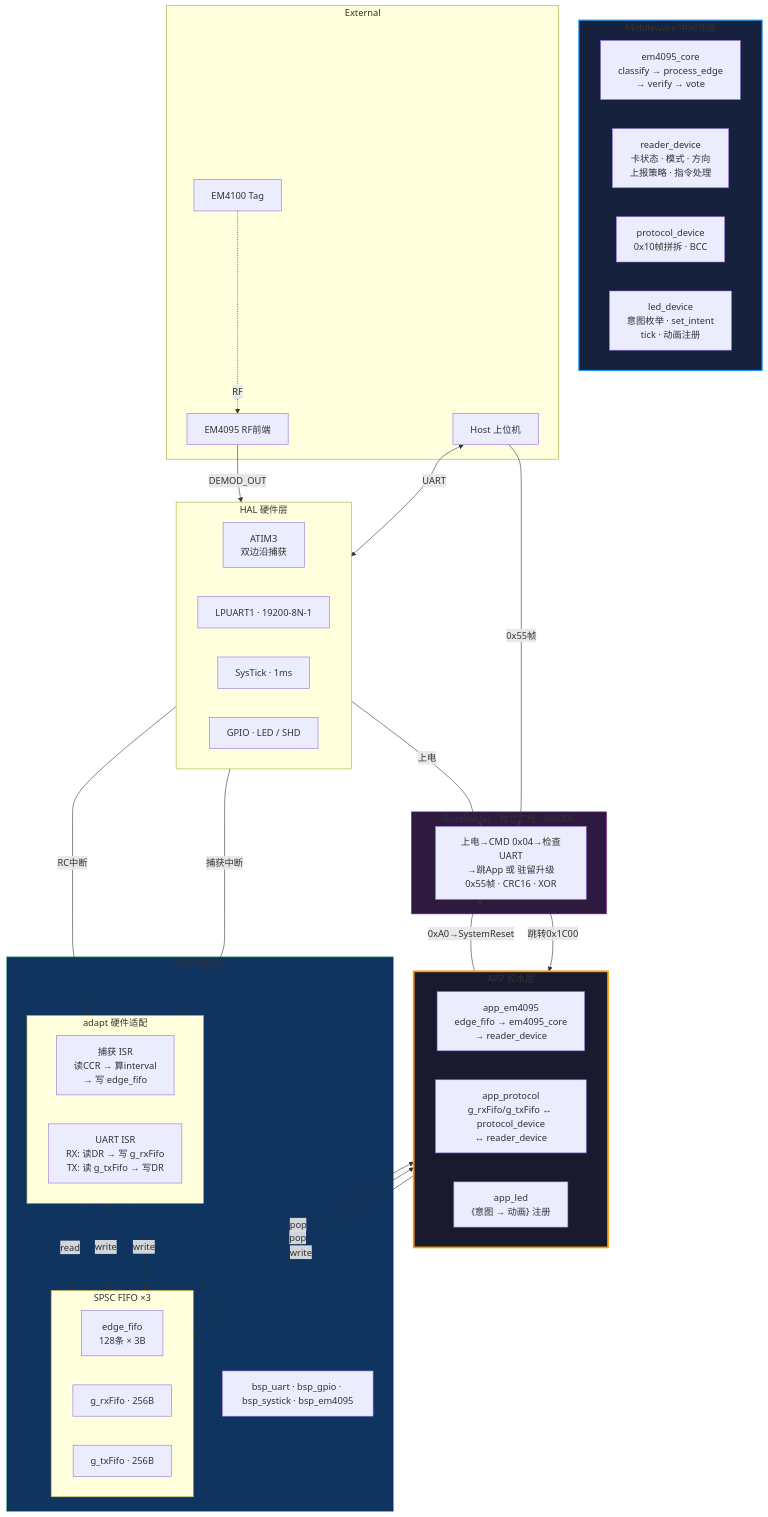
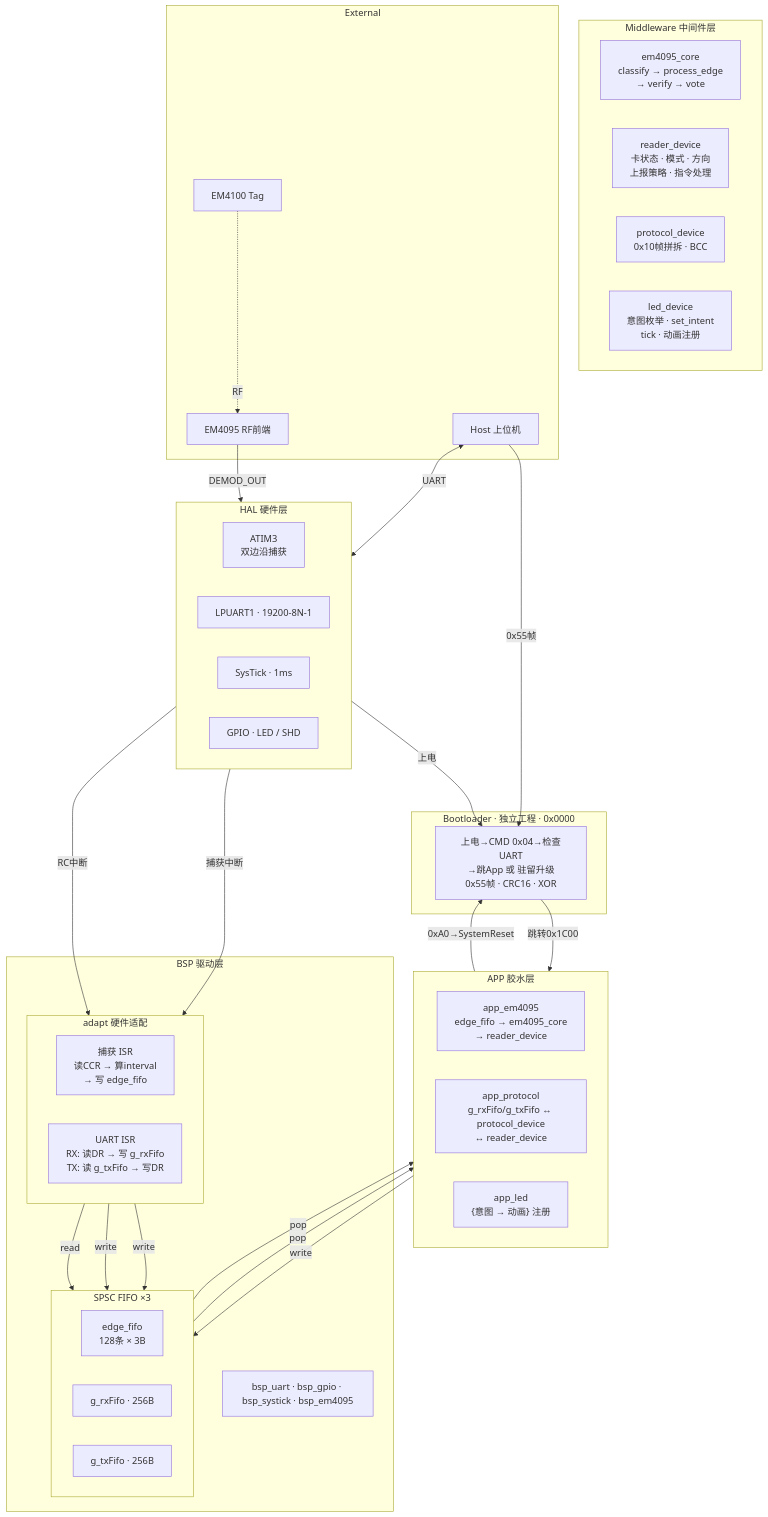
Before and after one commit to Siaiai/ObsidianNote: the first of 10 diagrams in 工作/SR3读卡器/260802SR3读卡器架构.md, drawn with Mermaid. The commit also changed 1 other file, not shown here.

Commit message:
[自动]笔记同步:2026-08-03 10:08:19 涉及文件个数:2
Affected files:
.obsidian/workspace.json
工作/SR3读卡器/260802SR3读卡器架构.md

````diff
--- a/工作/SR3读卡器/260802SR3读卡器架构.md
+++ b/工作/SR3读卡器/260802SR3读卡器架构.md
@@ -28,73 +28,68 @@
 ```mermaid
 flowchart TD
     subgraph APP["APP 胶水层"]
         direction LR
         A_EM["app_em4095<br/>edge_fifo → em4095_core<br/>→ reader_device"]
         A_PT["app_protocol<br/>g_rxFifo/g_txFifo ↔ protocol_device<br/>↔ reader_device"]
         A_LED["app_led<br/>{意图 → 动画} 注册"]
     end
 
     subgraph MID["Middleware 中间件层"]
         direction LR
         EM_CORE["em4095_core<br/>classify → process_edge<br/>→ verify → vote"]
         READER["reader_device<br/>卡状态 · 模式 · 方向<br/>上报策略 · 指令处理"]
         PROTO["protocol_device<br/>0x10帧拼拆 · BCC"]
         LED_DEV["led_device<br/>意图枚举 · set_intent<br/>tick · 动画注册"]
     end
 
     subgraph BSP["BSP 驱动层"]
         subgraph ADAPT["adapt 硬件适配"]
             direction LR
             CAP_ISR["捕获 ISR<br/>读CCR → 算interval<br/>→ 写 edge_fifo"]
             UART_ISR["UART ISR<br/>RX: 读DR → 写 g_rxFifo<br/>TX: 读 g_txFifo → 写DR"]
         end
         subgraph FIFO["SPSC FIFO ×3"]
             direction LR
             EF["edge_fifo<br/>128条 × 3B"]
             RF["g_rxFifo · 256B"]
             TF["g_txFifo · 256B"]
         end
         BSP_API["bsp_uart · bsp_gpio · bsp_systick · bsp_em4095"]
     end
 
     subgraph HAL["HAL 硬件层"]
         direction LR
         ATIM3["ATIM3<br/>双边沿捕获"]
         LPUART["LPUART1 · 19200-8N-1"]
         SYSTICK["SysTick · 1ms"]
         GPIO["GPIO · LED / SHD"]
     end
 
     subgraph BOOT["Bootloader · 独立工程 · 0x0000"]
         BL["上电→CMD 0x04→检查UART<br/>→跳App 或 驻留升级<br/>0x55帧 · CRC16 · XOR"]
     end
 
     subgraph EXT["External"]
         TAG["EM4100 Tag"]
         EM4095["EM4095 RF前端"]
         HOST["Host 上位机"]
     end
 
     TAG -.->|"RF"| EM4095
     EM4095 -->|"DEMOD_OUT"| ATIM3
     ATIM3 -->|"捕获中断"| CAP_ISR
     CAP_ISR -->|"write"| EF
     EF -->|"pop"| A_EM
 
     HOST <-->|"UART"| LPUART
     LPUART -->|"RC中断"| UART_ISR
     UART_ISR -->|"write"| RF
     UART_ISR -->|"read"| TF
     RF -->|"pop"| A_PT
     A_PT -->|"write"| TF
 
     HAL -->|"上电"| BL
     BL -->|"跳转0x1C00"| APP
     APP -->|"0xA0→SystemReset"| BL
     HOST -->|"0x55帧"| BL
-
-    style APP fill:#1a1a2e,stroke:#FF9800,stroke-width:3px
-    style MID fill:#16213e,stroke:#2196F3,stroke-width:2px
-    style BSP fill:#0f3460,stroke:#50B86C
-    style BOOT fill:#2d1a3e,stroke:#9C27B0
 ```
````
